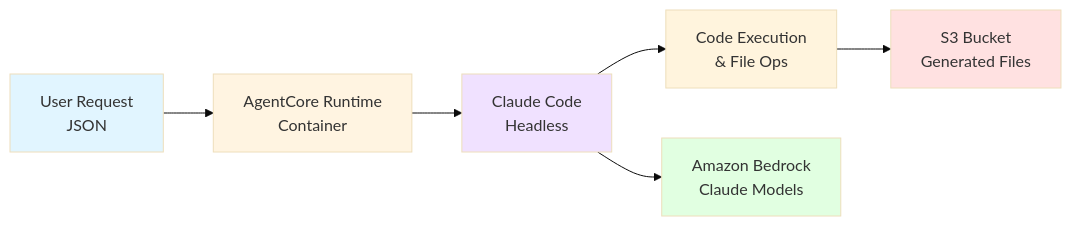
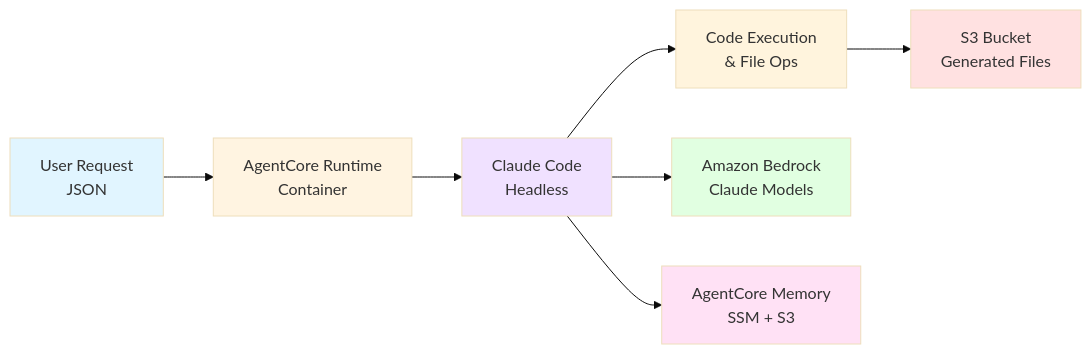
One commit to aws-samples/anthropic-on-aws changed the diagram in claude-code-on-agentcore/README.md. Above: the diagram before and after it, drawn with Mermaid (base theme). The commit also changed other lines of this file and 11 other files, not shown here.

First line of the commit message:
feat: Implement AgentCore Memory integration with session persistence

````diff
--- a/claude-code-on-agentcore/README.md
+++ b/claude-code-on-agentcore/README.md
@@ -17,14 +64,16 @@
 ```mermaid
 graph LR
     A[User Request<br/>JSON] --> B[AgentCore Runtime<br/>Container]
     B --> C[Claude Code<br/>Headless]
     C --> D[Code Execution<br/>& File Ops]
     C --> E[Amazon Bedrock<br/>Claude Models]
-    D --> F[S3 Bucket<br/>Generated Files]
+    C --> F[AgentCore Memory<br/>SSM + S3]
+    D --> G[S3 Bucket<br/>Generated Files]
 
     style A fill:#e1f5ff
     style B fill:#fff4e1
     style C fill:#f0e1ff
     style E fill:#e1ffe1
-    style F fill:#ffe1e1
+    style F fill:#ffe1f5
+    style G fill:#ffe1e1
 ```
````
